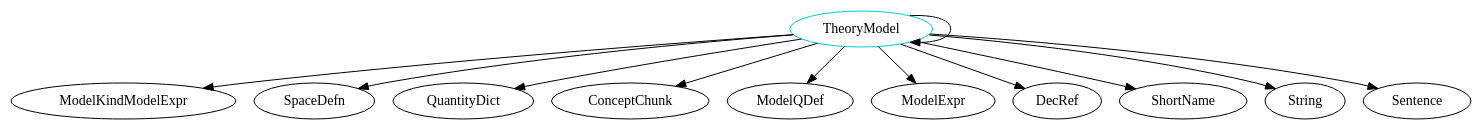
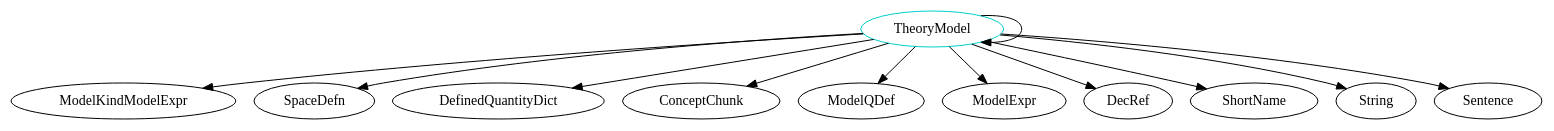
One commit to JacquesCarette/Drasil changed the diagram in analysis/TypeDependencyGraphs/theory/TheoryModel.dot. Above: the diagram before and after it, drawn with Graphviz. The commit also changed 1031 other files, not shown here.

```diff
--- a/analysis/TypeDependencyGraphs/theory/TheoryModel.dot
+++ b/analysis/TypeDependencyGraphs/theory/TheoryModel.dot
@@ -1,14 +1,14 @@
 digraph theorymodel{
 TheoryModel	[shape=oval, color=cyan3, label="TheoryModel"];
 TheoryModel -> ModelKindModelExpr;
 TheoryModel -> TheoryModel;
 TheoryModel -> SpaceDefn;
-TheoryModel -> QuantityDict;
+TheoryModel -> DefinedQuantityDict;
 TheoryModel -> ConceptChunk;
 TheoryModel -> ModelQDef;
 TheoryModel -> ModelExpr;
 TheoryModel -> DecRef;
 TheoryModel -> ShortName;
 TheoryModel -> String;
 TheoryModel -> Sentence;
 }
```
